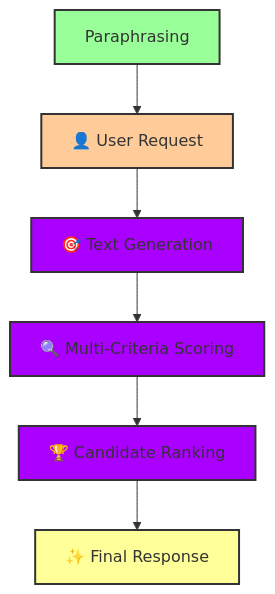
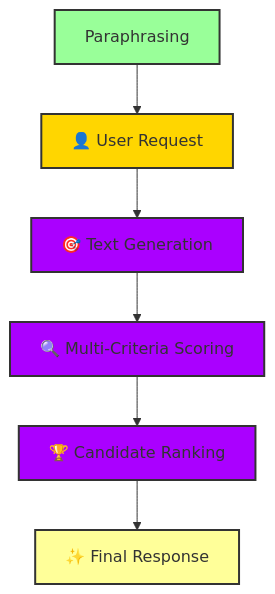
Before and after one commit to AntonioRinaldidev/toxic-radar: the second of 2 diagrams in AI/README.MD, drawn with Mermaid.

````diff
--- a/AI/README.MD
+++ b/AI/README.MD
@@ -100,14 +100,14 @@
 ```mermaid
 flowchart TD
     Paraphrasing --> UserRequest[👤 User Request]
     UserRequest --> Generation[🎯 Text Generation]
     Generation --> Scoring[🔍 Multi-Criteria Scoring]
     Scoring --> Ranking[🏆 Candidate Ranking]
     Ranking --> Response[✨ Final Response]
     style Paraphrasing fill:#99ff99,stroke:#333,stroke-width:2px
-    style UserRequest fill:#ffcc99,stroke:#333,stroke-width:2px
+    style UserRequest fill:#ffD600,stroke:#333,stroke-width:2px
     style Generation fill:#AA00FF,stroke:#333,stroke-width:2px
     style Scoring fill:#AA00FF,stroke:#333,stroke-width:2px
     style Ranking fill:#AA00FF,stroke:#333,stroke-width:2px
     style Response fill:#ffff99,stroke:#333,stroke-width:2px
 ```
````
